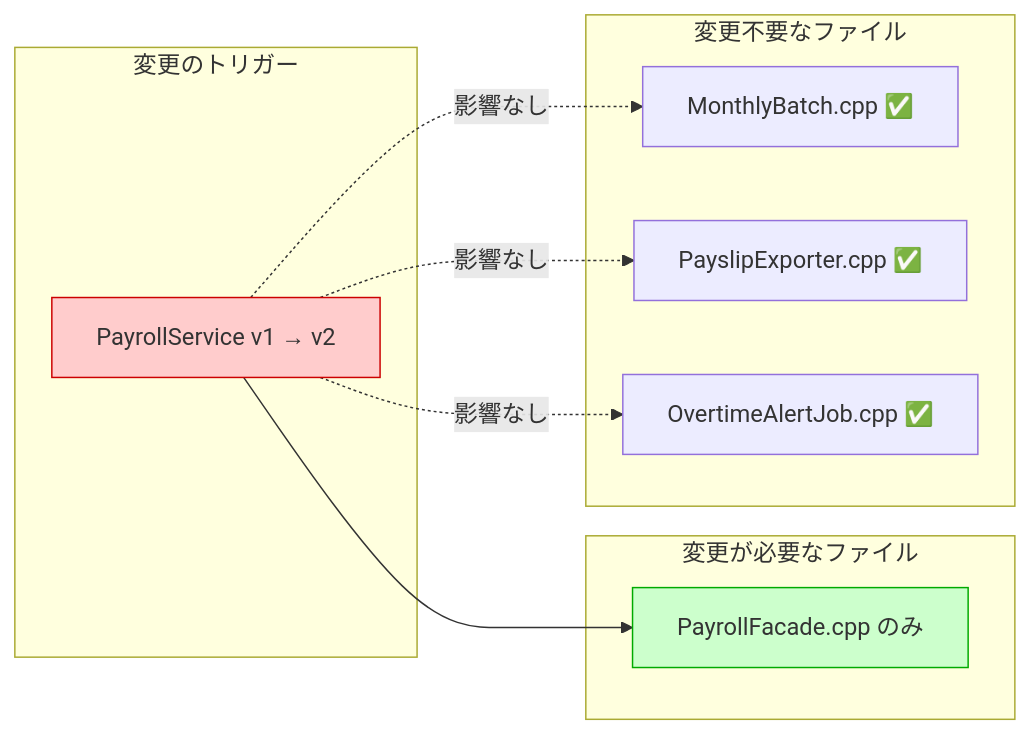
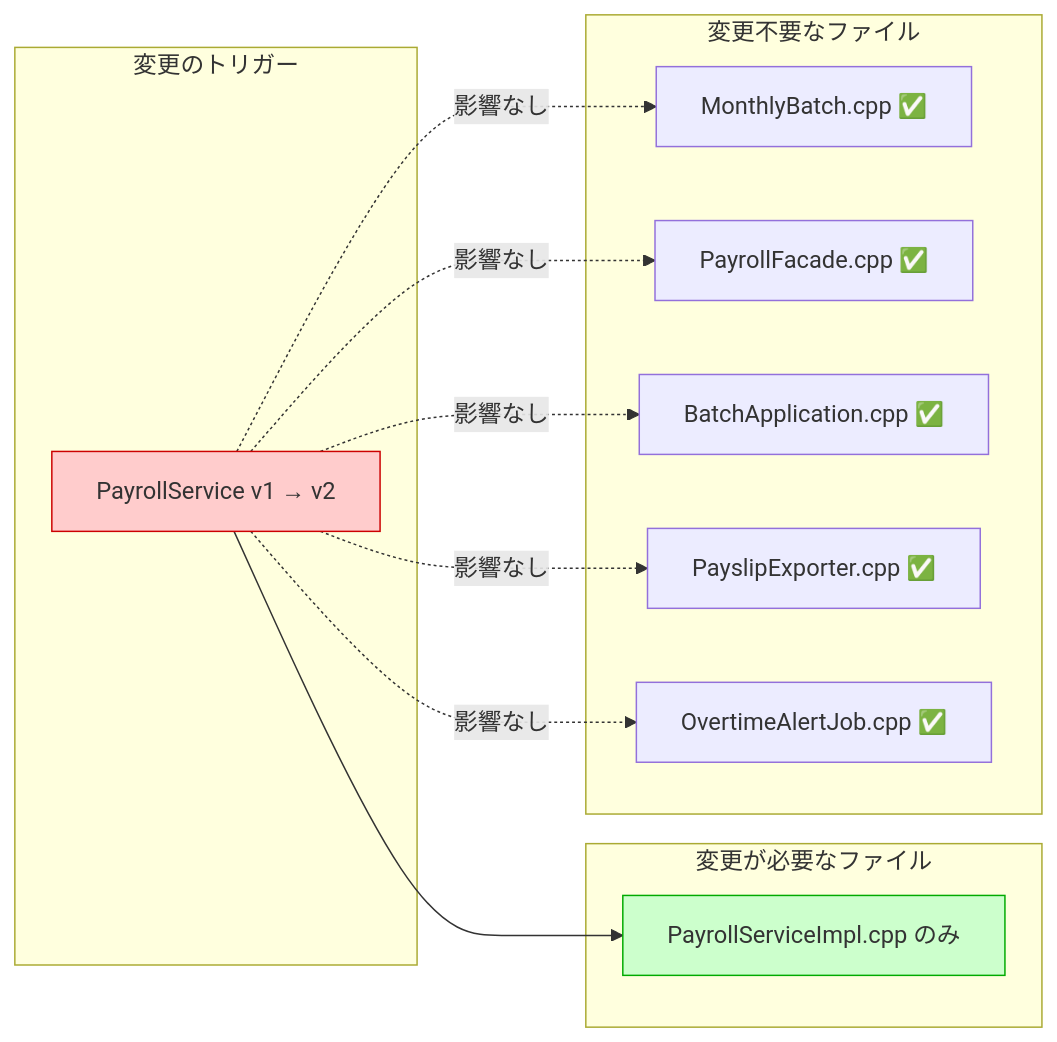
The fifth of 5 diagrams in files/kindle/design-patterns/output/chapter02.md (kumachan1101-pixel/DesignPattern), drawn with Mermaid before and after one commit. The commit also changed other lines of this file and 4 other files, not shown here.

First line of the commit message:
chapter02: 責任チェック・BatchApplication・DIP全適用の設計に刷新

````diff
--- a/files/kindle/design-patterns/output/chapter02.md
+++ b/files/kindle/design-patterns/output/chapter02.md
@@ -785,21 +1025,25 @@
 ```mermaid
 graph LR
     subgraph 変更のトリガー
         T[PayrollService v1 → v2]
     end
     subgraph 変更が必要なファイル
-        F[PayrollFacade.cpp のみ]
+        F[PayrollServiceImpl.cpp のみ]
     end
     subgraph 変更不要なファイル
         A[MonthlyBatch.cpp ✅]
-        B[PayslipExporter.cpp ✅]
-        C[OvertimeAlertJob.cpp ✅]
+        B[PayrollFacade.cpp ✅]
+        C[BatchApplication.cpp ✅]
+        D[PayslipExporter.cpp ✅]
+        E[OvertimeAlertJob.cpp ✅]
     end
     T --> F
     T -. 影響なし .-> A
     T -. 影響なし .-> B
     T -. 影響なし .-> C
+    T -. 影響なし .-> D
+    T -. 影響なし .-> E
 
     style T fill:#ffcccc,stroke:#cc0000
     style F fill:#ccffcc,stroke:#00aa00
 ```
````
